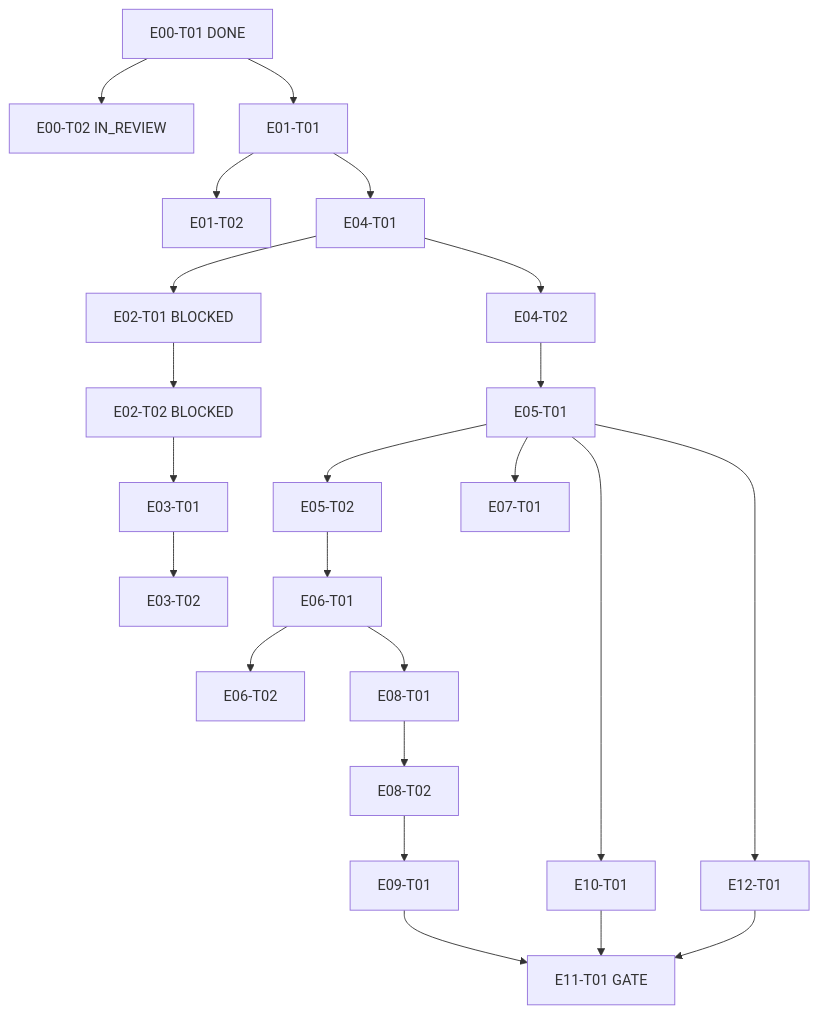
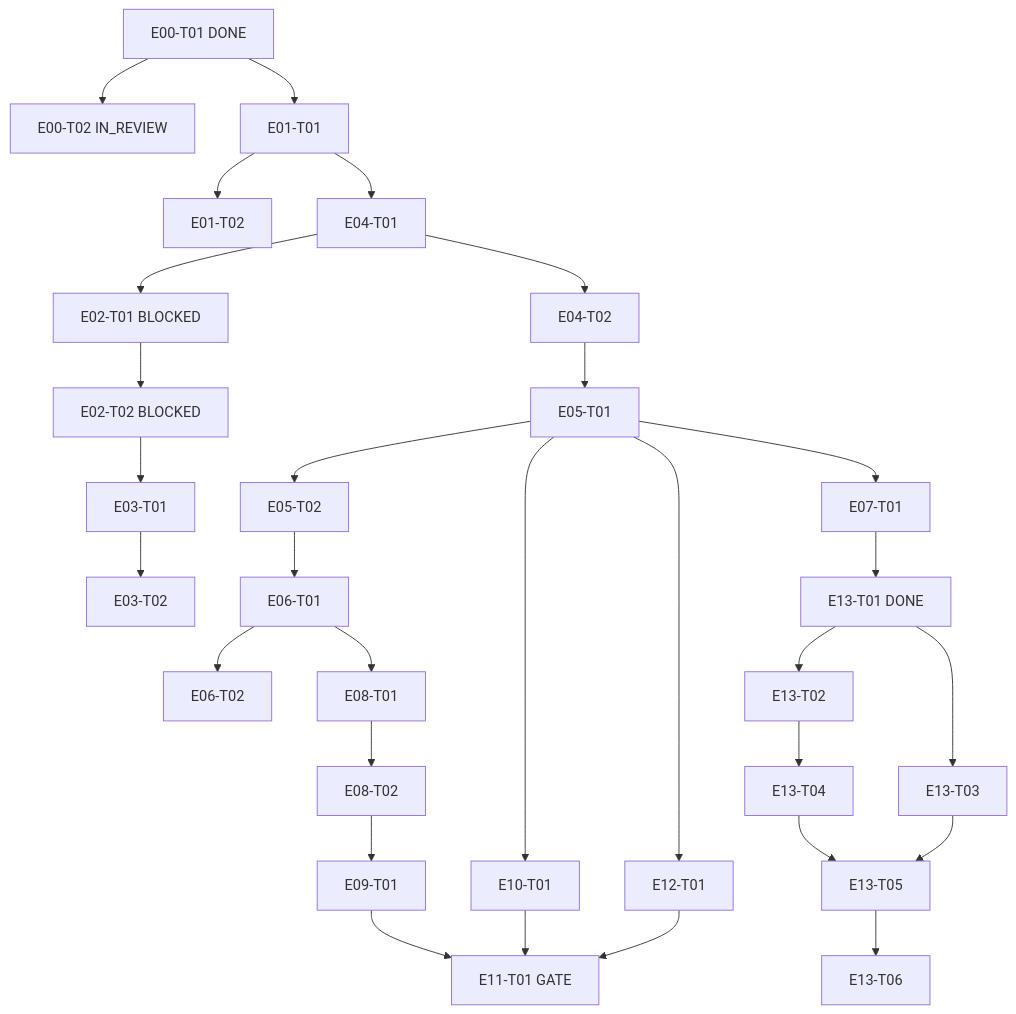
Before and after one commit to mehranjanati/trading-agent: the diagram in docs/tasks/DEPENDENCY-GRAPH.md, drawn with Mermaid. The commit also changed 23 other files, not shown here.

````diff
--- a/docs/tasks/DEPENDENCY-GRAPH.md
+++ b/docs/tasks/DEPENDENCY-GRAPH.md
@@ -3,14 +3,16 @@
 ```mermaid
 flowchart TB
   E00T01[E00-T01 DONE] --> E00T02[E00-T02 IN_REVIEW]
   E00T01 --> E01T01[E01-T01] --> E01T02[E01-T02]
   E01T01 --> E04T01[E04-T01] --> E04T02[E04-T02]
   E04T01 --> E02T01[E02-T01 BLOCKED]
   E02T01 --> E02T02[E02-T02 BLOCKED] --> E03T01[E03-T01] --> E03T02[E03-T02]
   E04T02 --> E05T01[E05-T01] --> E05T02[E05-T02] --> E06T01[E06-T01] --> E06T02[E06-T02]
   E05T01 --> E07T01[E07-T01]
   E05T01 --> E12T01[E12-T01]
   E05T01 --> E10T01[E10-T01]
   E06T01 --> E08T01[E08-T01] --> E08T02[E08-T02] --> E09T01[E09-T01]
   E09T01 & E10T01 & E12T01 --> E11T01[E11-T01 GATE]
+  E07T01 --> E13T01[E13-T01 DONE] --> E13T02[E13-T02] --> E13T04[E13-T04] --> E13T05[E13-T05] --> E13T06[E13-T06]
+  E13T01 --> E13T03[E13-T03] --> E13T05
 ```
````
